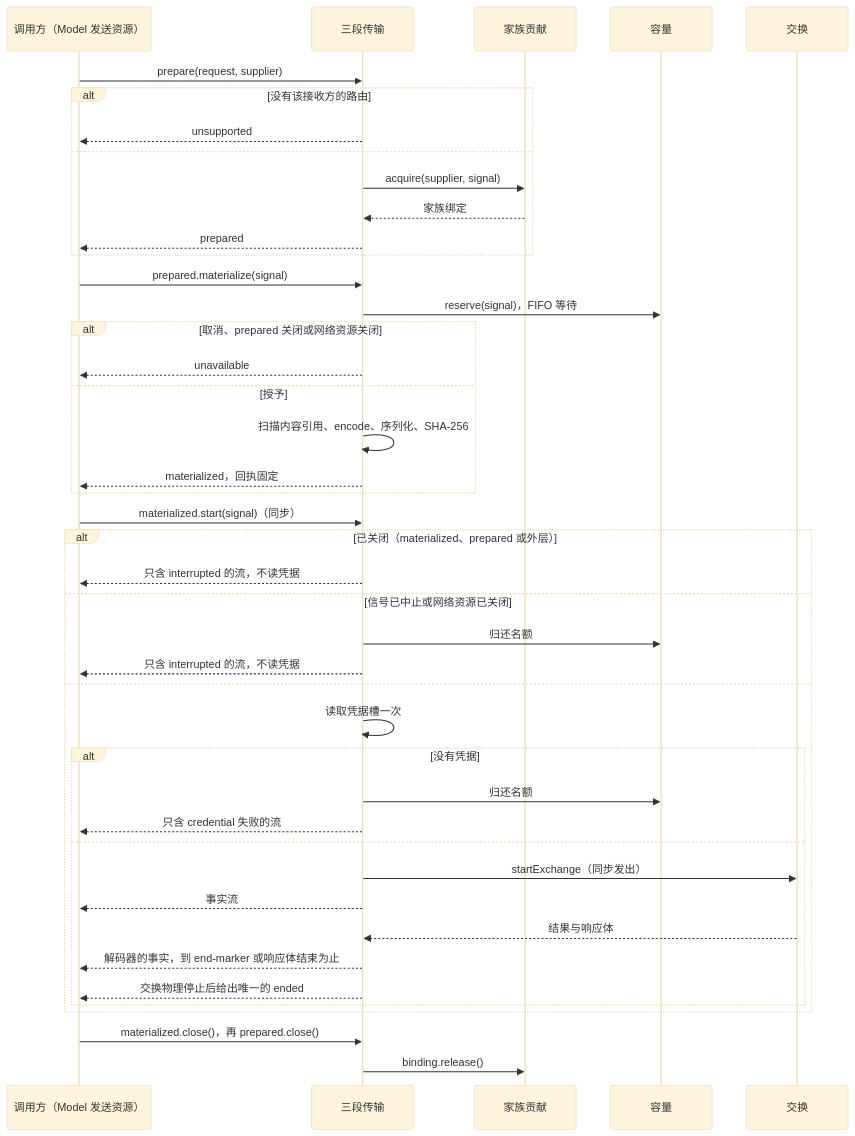
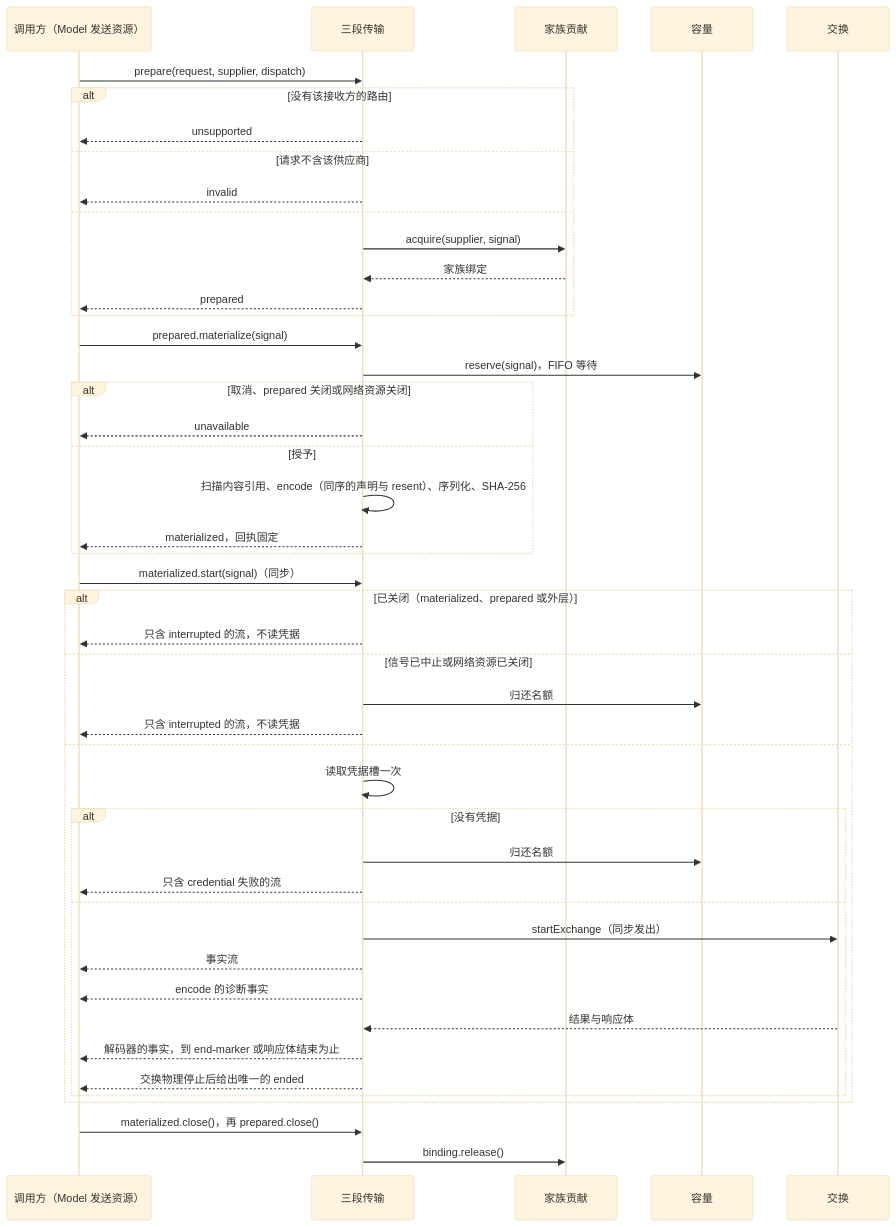
The first of 4 diagrams in packages/model/pi-ai-transport/docs/flows.md (nemori-ai/omne-harness-lite), drawn with Mermaid (base theme) before and after one commit. The commit also changed 29 other files, not shown here.

````diff
--- a/packages/model/pi-ai-transport/docs/flows.md
+++ b/packages/model/pi-ai-transport/docs/flows.md
@@ -9,45 +9,48 @@
 ```mermaid
 sequenceDiagram
   participant Model as 调用方（Model 发送资源）
   participant T as 三段传输
   participant F as 家族贡献
   participant Cap as 容量
   participant Ex as 交换
-  Model->>T: prepare(request, supplier)
+  Model->>T: prepare(request, supplier, dispatch)
   alt 没有该接收方的路由
     T-->>Model: unsupported
+  else 请求不含该供应商
+    T-->>Model: invalid
   else
     T->>F: acquire(supplier, signal)
     F-->>T: 家族绑定
     T-->>Model: prepared
   end
   Model->>T: prepared.materialize(signal)
   T->>Cap: reserve(signal)，FIFO 等待
   alt 取消、prepared 关闭或网络资源关闭
     T-->>Model: unavailable
   else 授予
-    T->>T: 扫描内容引用、encode、序列化、SHA-256
+    T->>T: 扫描内容引用、encode（同序的声明与 resent）、序列化、SHA-256
     T-->>Model: materialized，回执固定
   end
   Model->>T: materialized.start(signal)（同步）
   alt 已关闭（materialized、prepared 或外层）
     T-->>Model: 只含 interrupted 的流，不读凭据
   else 信号已中止或网络资源已关闭
     T->>Cap: 归还名额
     T-->>Model: 只含 interrupted 的流，不读凭据
   else
     T->>T: 读取凭据槽一次
     alt 没有凭据
       T->>Cap: 归还名额
       T-->>Model: 只含 credential 失败的流
     else
       T->>Ex: startExchange（同步发出）
       T-->>Model: 事实流
+      T-->>Model: encode 的诊断事实
       Ex-->>T: 结果与响应体
       T-->>Model: 解码器的事实，到 end-marker 或响应体结束为止
       T-->>Model: 交换物理停止后给出唯一的 ended
     end
   end
   Model->>T: materialized.close()，再 prepared.close()
   T->>F: binding.release()
 ```
````
